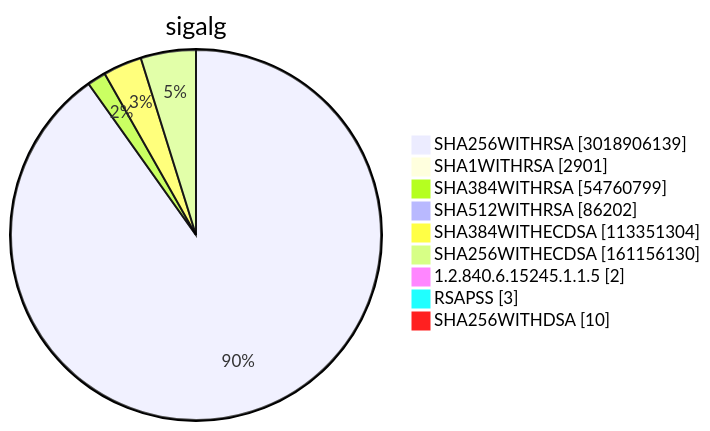
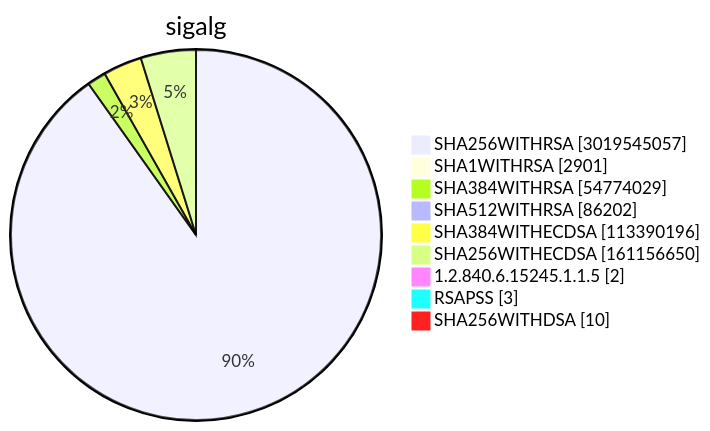
Diagram 15 of 15 in TOTAL/README.md (christiankrug/ctmonitor_visualization), drawn with Mermaid before and after one commit. The commit also changed other lines of this file, not shown here.

````diff
--- a/TOTAL/README.md
+++ b/TOTAL/README.md
@@ -6208,13 +6208,13 @@
 ```mermaid
 pie showData
 title sigalg
-"SHA256WITHRSA" :3018906139
+"SHA256WITHRSA" :3019545057
 "SHA1WITHRSA" :2901
-"SHA384WITHRSA" :54760799
+"SHA384WITHRSA" :54774029
 "SHA512WITHRSA" :86202
-"SHA384WITHECDSA" :113351304
-"SHA256WITHECDSA" :161156130
+"SHA384WITHECDSA" :113390196
+"SHA256WITHECDSA" :161156650
 "1.2.840.6.15245.1.1.5" :2
 "RSAPSS" :3
 "SHA256WITHDSA" :10
 ```
````
